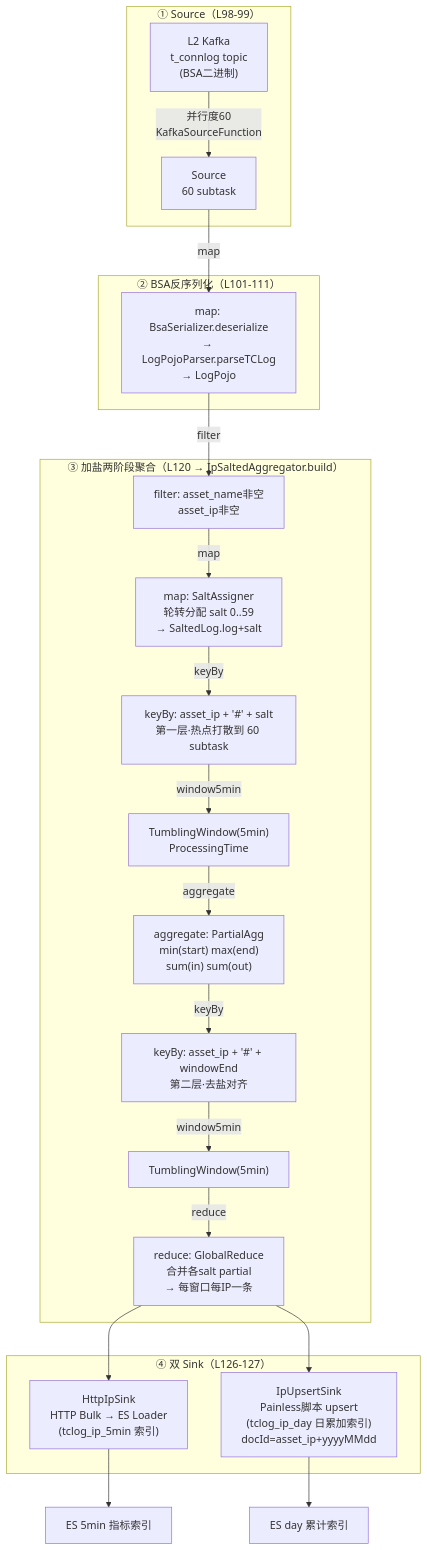
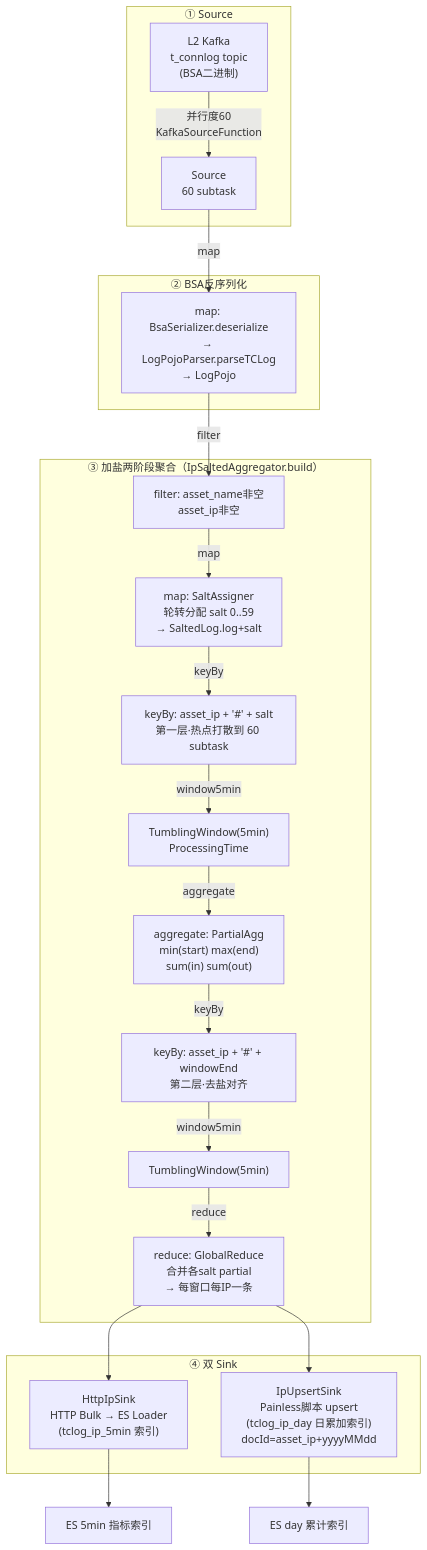
Before and after one commit to zhubaoxiang/wiki: the second of 2 diagrams in flink/flink-basics-tutorial.md, drawn with Mermaid. The commit also changed other lines of this file and 1 other file, not shown here.

````diff
--- a/flink/flink-basics-tutorial.md
+++ b/flink/flink-basics-tutorial.md
@@ -231,29 +231,29 @@
 ```mermaid
 flowchart TD
-    subgraph src["① Source（L98-99）"]
+    subgraph src["① Source"]
         K["L2 Kafka<br/>t_connlog topic<br/>(BSA二进制)"] -->|"并行度60<br/>KafkaSourceFunction"| S["Source<br/>60 subtask"]
     end
 
-    subgraph map1["② BSA反序列化（L101-111）"]
+    subgraph map1["② BSA反序列化"]
         S -->|map| D["map: BsaSerializer.deserialize<br/>→ LogPojoParser.parseTCLog<br/>→ LogPojo"]
     end
 
-    subgraph agg["③ 加盐两阶段聚合（L120 → IpSaltedAggregator.build）"]
+    subgraph agg["③ 加盐两阶段聚合（IpSaltedAggregator.build）"]
         D -->|filter| F["filter: asset_name非空<br/>asset_ip非空"]
         F -->|map| SA["map: SaltAssigner<br/>轮转分配 salt 0..59<br/>→ SaltedLog.log+salt"]
         SA -->|keyBy| K1["keyBy: asset_ip + '#' + salt<br/>第一层·热点打散到 60 subtask"]
         K1 -->|window5min| W1["TumblingWindow(5min)<br/>ProcessingTime"]
         W1 -->|aggregate| PA["aggregate: PartialAgg<br/>min(start) max(end)<br/>sum(in) sum(out)"]
         PA -->|keyBy| K2["keyBy: asset_ip + '#' + windowEnd<br/>第二层·去盐对齐"]
         K2 -->|window5min| W2["TumblingWindow(5min)"]
         W2 -->|reduce| GR["reduce: GlobalReduce<br/>合并各salt partial<br/>→ 每窗口每IP一条"]
     end
 
-    subgraph sink["④ 双 Sink（L126-127）"]
+    subgraph sink["④ 双 Sink"]
         GR --> H["HttpIpSink<br/>HTTP Bulk → ES Loader<br/>(tclog_ip_5min 索引)"]
         GR --> U["IpUpsertSink<br/>Painless脚本 upsert<br/>(tclog_ip_day 日累加索引)<br/>docId=asset_ip+yyyyMMdd"]
     end
 
     H --> ES1["ES 5min 指标索引"]
     U --> ES2["ES day 累计索引"]
 ```
````
